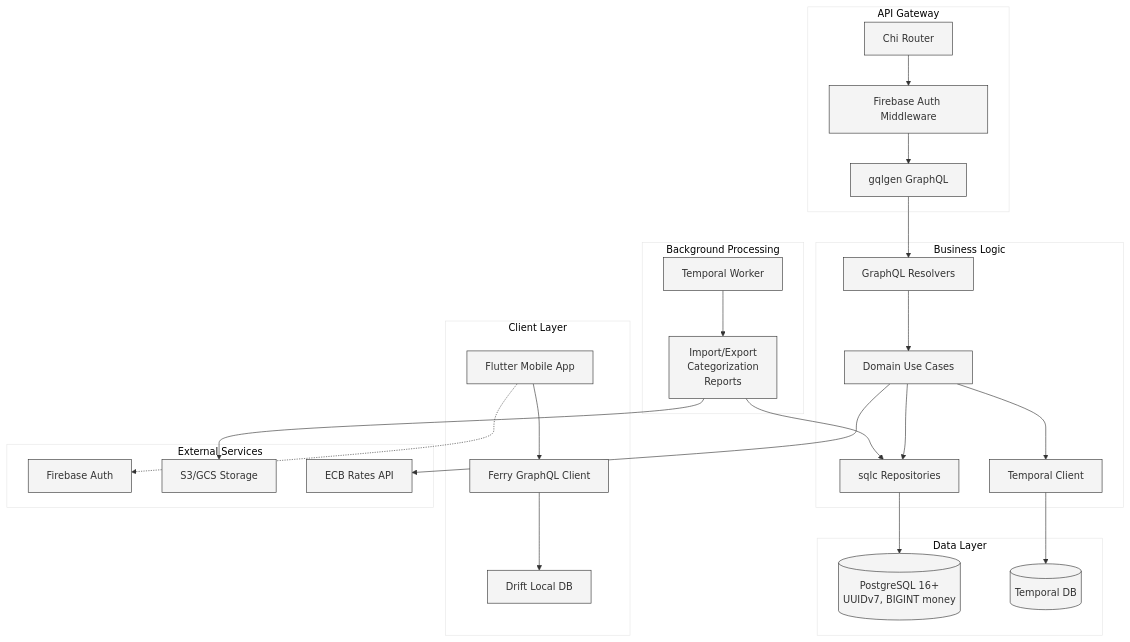
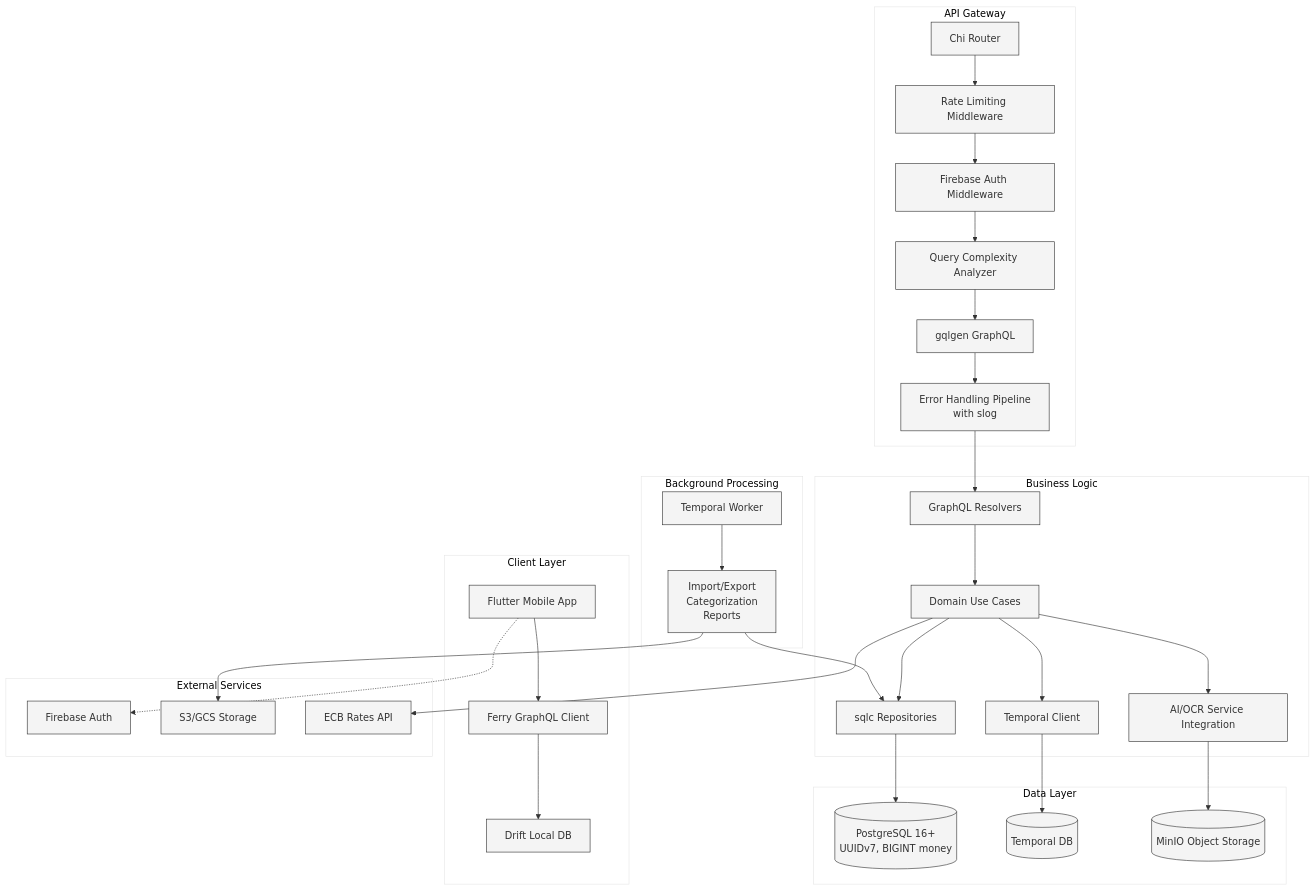
Before and after one commit to fernandobandeira/djinn: the diagram in docs/architecture/diagrams/01-system-overview.md, drawn with Mermaid. The commit also changed 25 other files, not shown here.

First line of the commit message:
feat: Complete architecture diagram coverage for all ADRs

````diff
--- a/docs/architecture/diagrams/01-system-overview.md
+++ b/docs/architecture/diagrams/01-system-overview.md
@@ -3,43 +3,48 @@
 ```mermaid
 %%{init: {'theme':'base', 'themeVariables': { 'fontSize': '16px', 'primaryColor': '#f4f4f4', 'primaryBorderColor': '#333', 'lineColor': '#333', 'fontFamily': 'monospace'}}}%%
 graph TB
     subgraph "Client Layer"
         Mobile[Flutter Mobile App]
         Mobile --> Ferry[Ferry GraphQL Client]
         Ferry --> Cache[Drift Local DB]
     end
     
     subgraph "API Gateway"
         Chi[Chi Router]
-        Chi --> Auth[Firebase Auth Middleware]
-        Auth --> GQL[gqlgen GraphQL]
+        Chi --> RateLimiter[Rate Limiting Middleware]
+        RateLimiter --> Auth[Firebase Auth Middleware]
+        Auth --> QryAnalyzer[Query Complexity Analyzer]
+        QryAnalyzer --> GQL[gqlgen GraphQL]
+        GQL --> ErrHandler[Error Handling Pipeline\nwith slog]
     end
     
     subgraph "Business Logic"
-        GQL --> Resolvers[GraphQL Resolvers]
+        ErrHandler --> Resolvers[GraphQL Resolvers]
         Resolvers --> UseCases[Domain Use Cases]
         UseCases --> Repo[sqlc Repositories]
         UseCases --> Temporal[Temporal Client]
+        UseCases --> OCRService[AI/OCR Service Integration]
     end
     
     subgraph "Data Layer"
         Repo --> PG[(PostgreSQL 16+<br/>UUIDv7, BIGINT money)]
         Temporal --> TempDB[(Temporal DB)]
+        OCRService --> MinIO[(MinIO Object Storage)]
     end
     
     subgraph "Background Processing"
         TempWorker[Temporal Worker]
         TempWorker --> Workflows[Import/Export<br/>Categorization<br/>Reports]
         Workflows --> Repo
     end
     
     subgraph "External Services"
         Firebase[Firebase Auth]
         S3[S3/GCS Storage]
         ECB[ECB Rates API]
     end
     
     Mobile -.-> Firebase
     Workflows --> S3
     UseCases --> ECB
 ```
````
